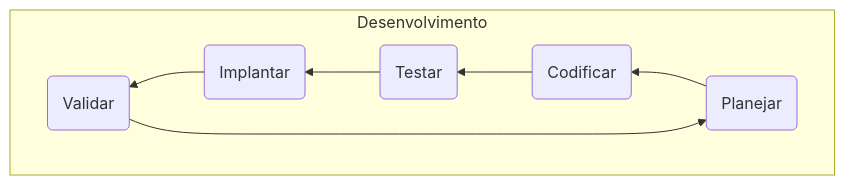
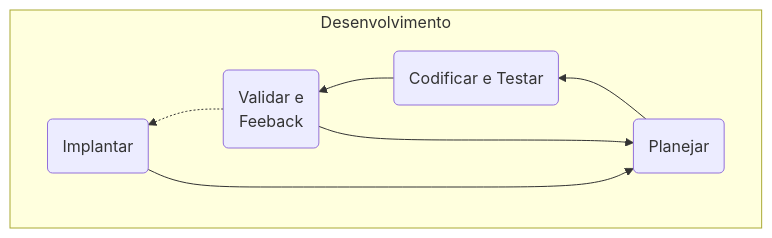
The second of 2 diagrams in README.md (mambee-ifpi-picos/processo-desenvolvimento-software-mambee), drawn with Mermaid before and after one commit. The commit also changed other lines of this file, not shown here.

````diff
--- a/README.md
+++ b/README.md
@@ -160,11 +164,11 @@
 ```mermaid
 flowchart LR
     subgraph Desenvolvimento
      direction RL
-     D(Planejar) --> E(Codificar)
-     E --> F(Testar)
-     F --> G(Implantar)
-     G --> H(Validar)
-     H --> D
+     D(Planejar) --> E(Codificar e Testar)
+     E --> F(Validar e \n Feeback)
+     F -.-> G(Implantar)
+     G --> D
+     F --> D
     end
 ```
````
